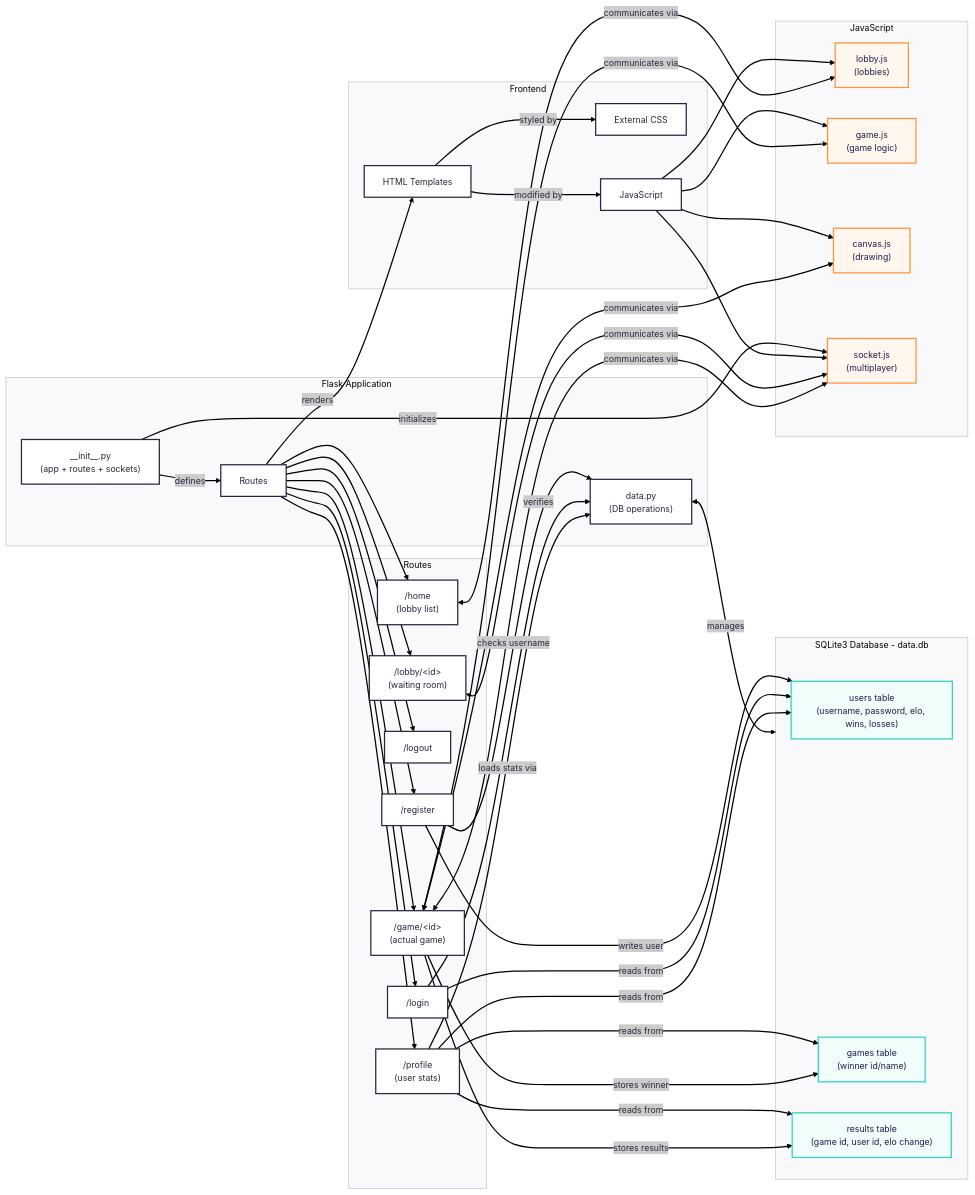
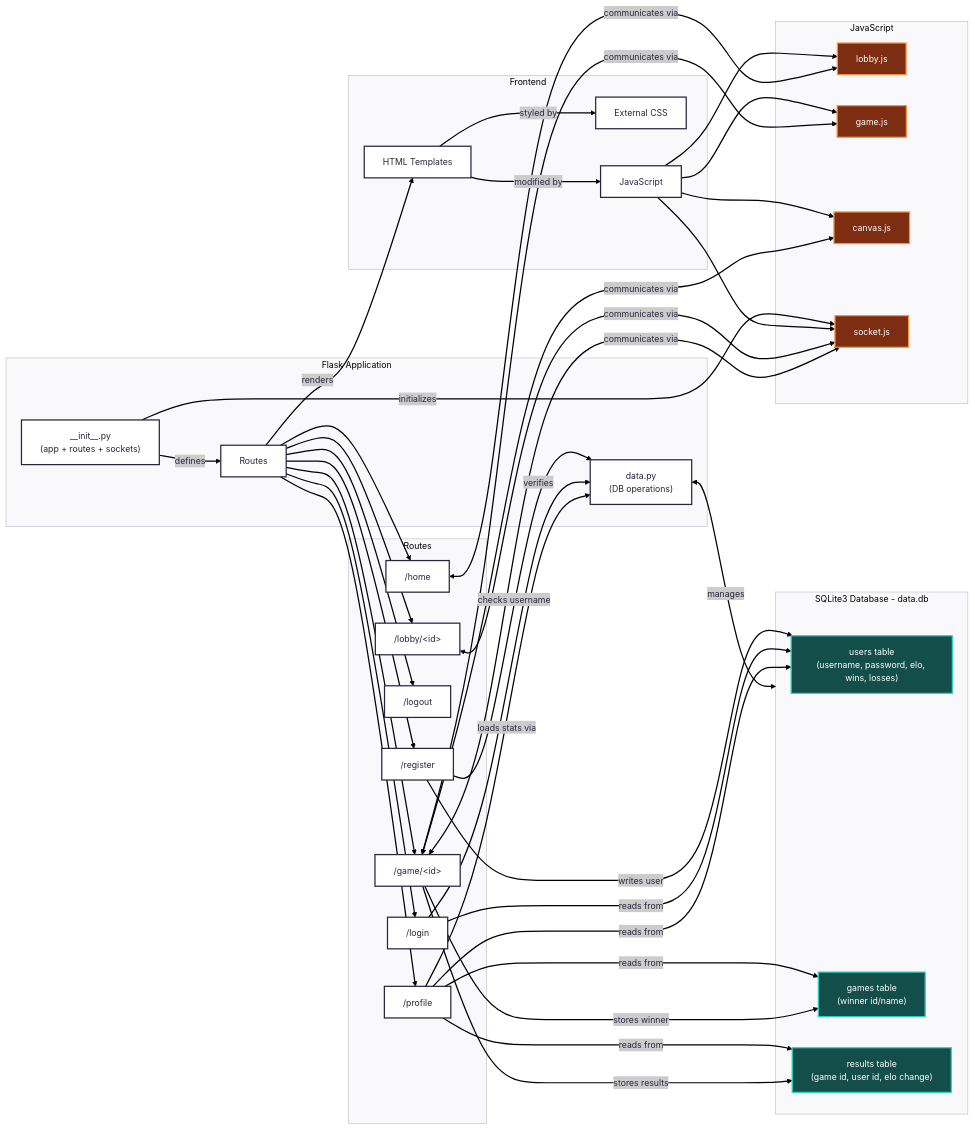
The first of 2 diagrams in design.md (SadgeCat/CopyrightedArtist), drawn with Mermaid before and after one commit.

Commit message:
add diagram kinda

````diff
--- a/design.md
+++ b/design.md
@@ -43,66 +43,66 @@
 ```mermaid
 ---
 config:
   theme: redux
 ---
 flowchart LR
  subgraph FlaskApp["Flask Application"]
         Init["__init__.py<br>(app + routes + sockets)"]
         Routes["Routes"]
         DataPy["data.py<br>(DB operations)"]
   end
  subgraph RoutesDetail["Routes"]
         Register["/register"]
         Login["/login"]
         Logout["/logout"]
-        Home["/home<br>(lobby list)"]
-        Lobby["/lobby/&lt;id&gt;<br>(waiting room)"]
-        Game["/game/&lt;id&gt;<br>(actual game)"]
-        Profile["/profile<br>(user stats)"]
+        Home["/home"]
+        Lobby["/lobby/&lt;id&gt;"]
+        Game["/game/&lt;id&gt;"]
+        Profile["/profile"]
   end
  subgraph Database["SQLite3 Database - data.db"]
         UsersTable["users table<br>(username, password, elo, wins, losses)"]
         GamesTable["games table<br>(winner id/name)"]
         ResultsTable["results table<br>(game id, user id, elo change)"]
   end
  subgraph Frontend["Frontend"]
         HTML["HTML Templates"]
         CSS["External CSS"]
         JS["JavaScript"]
   end
  subgraph JSModules["JavaScript"]
-        LobbyJS["lobby.js<br>(lobbies)"]
-        GameJS["game.js<br>(game logic)"]
-        CanvasJS["canvas.js<br>(drawing)"]
-        SocketJS["socket.js<br>(multiplayer)"]
+        LobbyJS["lobby.js"]
+        GameJS["game.js"]
+        CanvasJS["canvas.js"]
+        SocketJS["socket.js"]
   end
     Init -- defines --> Routes
     Init -- initializes --> SocketJS
     Routes --> Register & Login & Logout & Home & Lobby & Game & Profile
     Register -- checks username --> DataPy
     Register -- writes user --> UsersTable
     Login -- verifies --> DataPy
     Login -- reads from --> UsersTable
     Profile -- loads stats via --> DataPy
     Profile -- reads from --> UsersTable & GamesTable & ResultsTable
     DataPy <-- manages --> Database
     Game -- stores winner --> GamesTable
     Game -- stores results --> ResultsTable
     Routes -- renders --> HTML
     HTML -- styled by --> CSS
     HTML -- modified by --> JS
     JS --> LobbyJS & GameJS & CanvasJS & SocketJS
     Home <-- communicates via --> LobbyJS
     Lobby <-- communicates via --> SocketJS
     Game <-- communicates via --> GameJS & CanvasJS & SocketJS
 
      UsersTable:::dbNode
      GamesTable:::dbNode
      ResultsTable:::dbNode
      LobbyJS:::jsNode
      GameJS:::jsNode
      CanvasJS:::jsNode
      SocketJS:::jsNode
-    classDef dbNode stroke:#2dd4bf,fill:#f0fdfa,color:#1e1b4b
-    classDef jsNode stroke:#fb923c,fill:#fff7ed,color:#1e1b4b
+    classDef dbNode fill:#134e4a,stroke:#2dd4bf,color:#ffffff
+    classDef jsNode fill:#7c2d12,stroke:#fb923c,color:#ffffff
 ```
````
